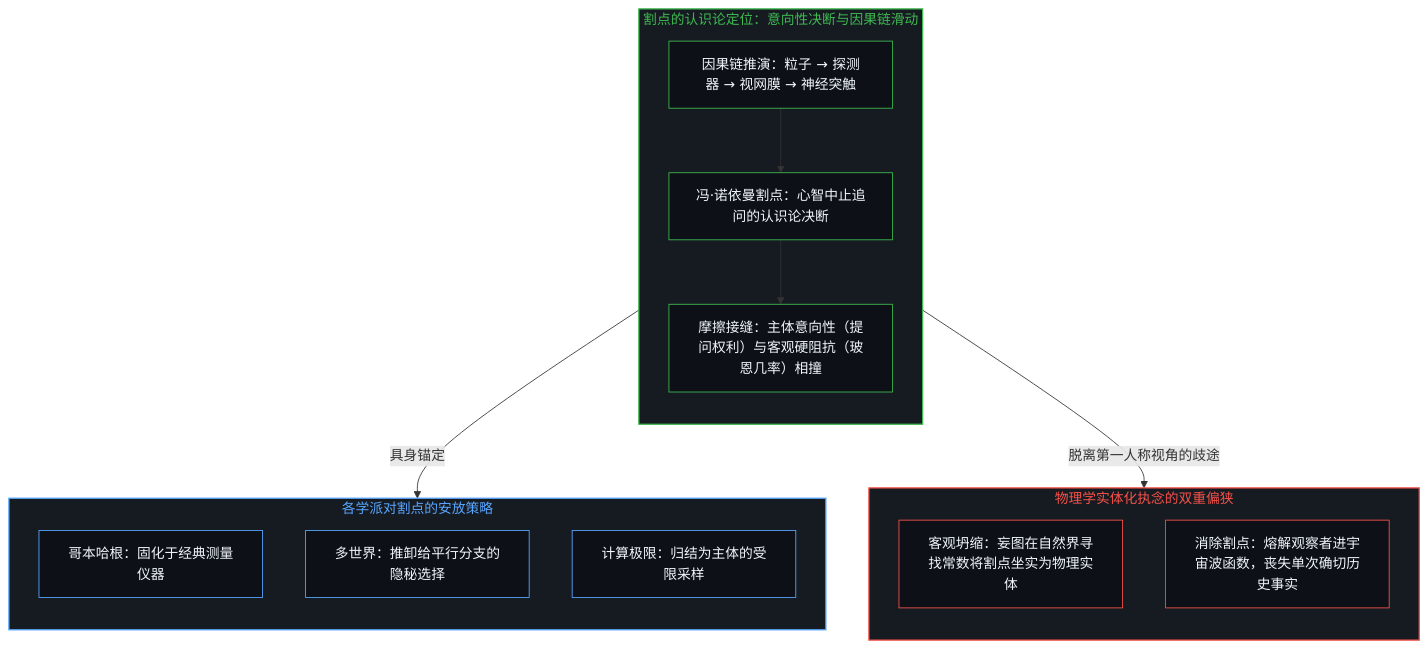
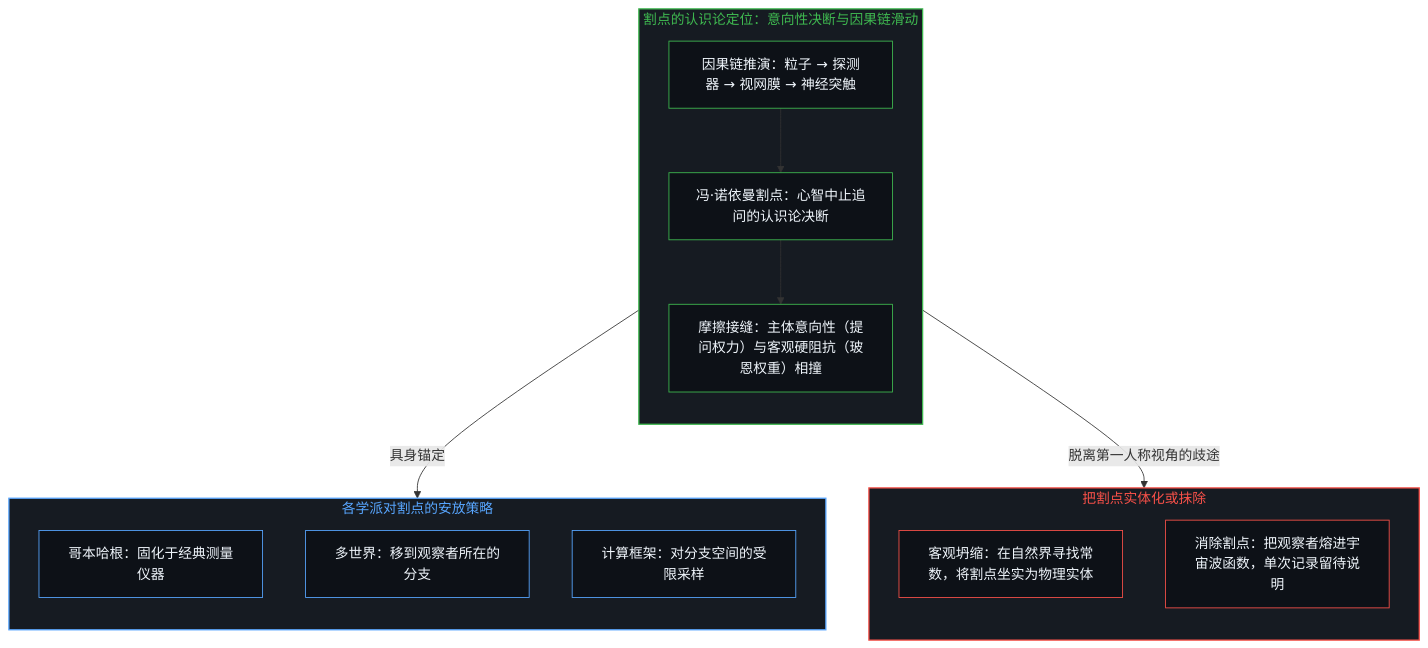
Before and after one commit to powerpig99/not-a-toe: the third of 6 diagrams in content/posts/the-cut-moves-but-never-vanishes.md, drawn with Mermaid. The commit also changed other lines of this file and 1 other file, not shown here.

Commit message:
Node 7 refinement: the-cut-moves-but-never-vanishes

````diff
--- a/content/posts/the-cut-moves-but-never-vanishes.md
+++ b/content/posts/the-cut-moves-but-never-vanishes.md
@@ -107,39 +107,39 @@
 ```mermaid
 flowchart TD
     subgraph S_CutMovable["割点的认识论定位：意向性决断与因果链滑动"]
         direction TB
         C_Chain["因果链推演：粒子 → 探测器 → 视网膜 → 神经突触"]
         C_Cut["冯·诺依曼割点：心智中止追问的认识论决断"]
-        C_Friction["摩擦接缝：主体意向性（提问权利）与客观硬阻抗（玻恩几率）相撞"]
+        C_Friction["摩擦接缝：主体意向性（提问权力）与客观硬阻抗（玻恩权重）相撞"]
         C_Chain --> C_Cut
         C_Cut --> C_Friction
     end
 
-    subgraph S_CutErased["物理学实体化执念的双重偏狭"]
+    subgraph S_CutErased["把割点实体化或抹除"]
         direction TB
-        E_Entity["客观坍缩：妄图在自然界寻找常数将割点坐实为物理实体"]
-        E_Universe["消除割点：熔解观察者进宇宙波函数，丧失单次确切历史事实"]
+        E_Entity["客观坍缩：在自然界寻找常数，将割点坐实为物理实体"]
+        E_Universe["消除割点：把观察者熔进宇宙波函数，单次记录留待说明"]
     end
 
     subgraph S_Schools["各学派对割点的安放策略"]
         direction TB
         P_Copenhagen["哥本哈根：固化于经典测量仪器"]
-        P_ManyWorlds["多世界：推卸给平行分支的隐秘选择"]
-        P_Wolfram["计算极限：归结为主体的受限采样"]
+        P_ManyWorlds["多世界：移到观察者所在的分支"]
+        P_Wolfram["计算框架：对分支空间的受限采样"]
     end
 
     C_Friction -->|"具身锚定"| S_Schools
     C_Cut -->|"脱离第一人称视角的歧途"| S_CutErased
 
     style S_CutMovable fill:#161b22,stroke:#3fb950,stroke-width:1.5px,color:#3fb950
     style S_CutErased fill:#161b22,stroke:#f85149,stroke-width:1.5px,color:#f85149
     style S_Schools fill:#161b22,stroke:#58a6ff,stroke-width:1.5px,color:#58a6ff
     style C_Chain fill:#0d1117,stroke:#3fb950,stroke-width:1px,color:#f0f6fc
     style C_Cut fill:#0d1117,stroke:#3fb950,stroke-width:1px,color:#f0f6fc
     style C_Friction fill:#0d1117,stroke:#3fb950,stroke-width:1px,color:#f0f6fc
     style E_Entity fill:#0d1117,stroke:#f85149,stroke-width:1px,color:#f0f6fc
     style E_Universe fill:#0d1117,stroke:#f85149,stroke-width:1px,color:#f0f6fc
     style P_Copenhagen fill:#0d1117,stroke:#58a6ff,stroke-width:1px,color:#f0f6fc
     style P_ManyWorlds fill:#0d1117,stroke:#58a6ff,stroke-width:1px,color:#f0f6fc
     style P_Wolfram fill:#0d1117,stroke:#58a6ff,stroke-width:1px,color:#f0f6fc
 ```
````
